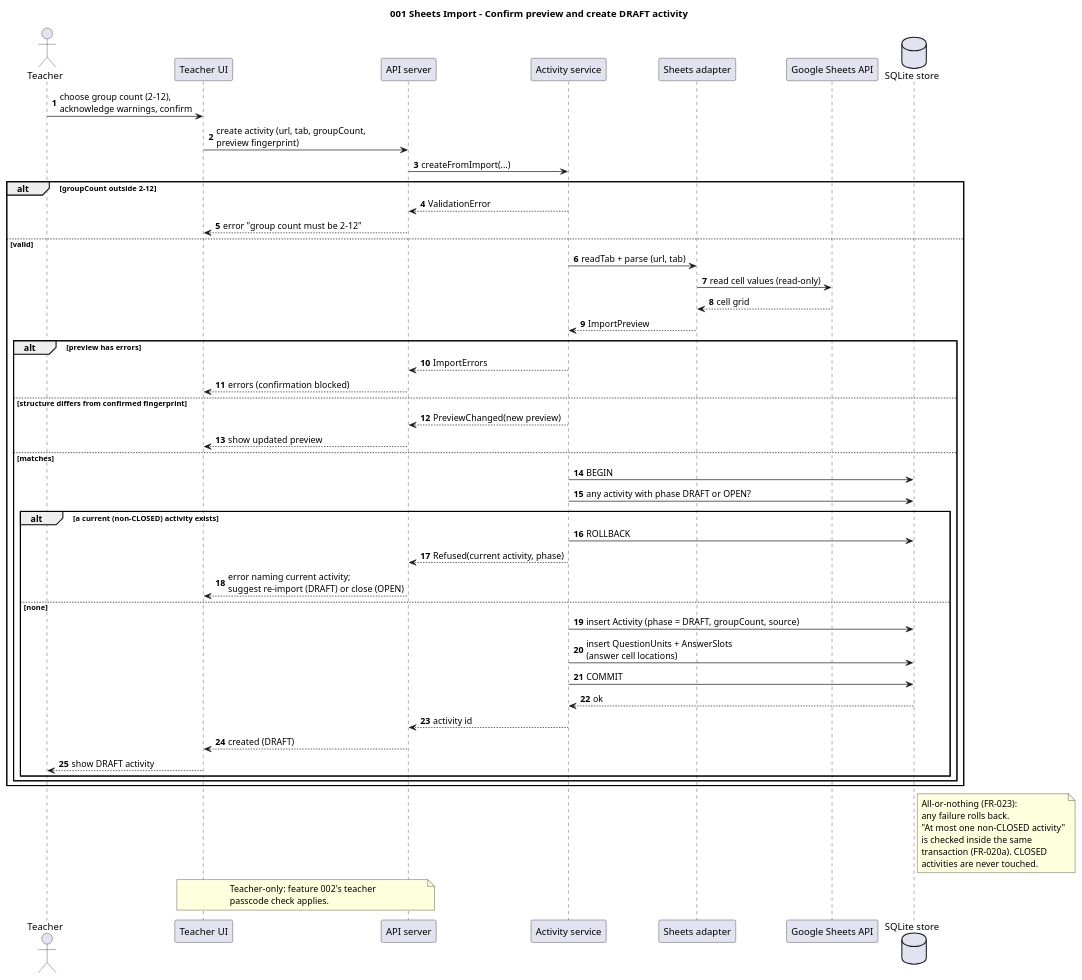
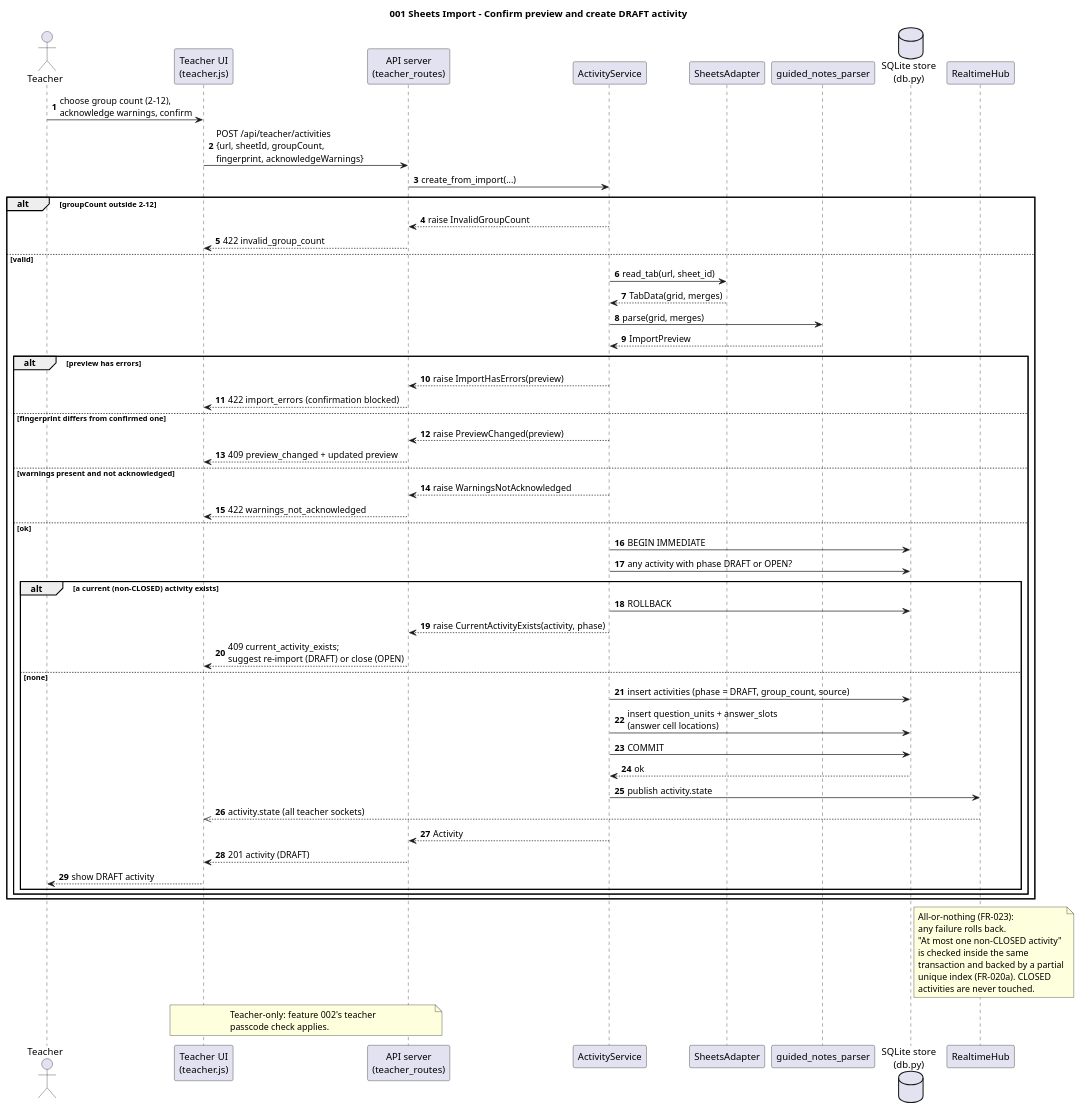
The diagram in diagrams/001-seq-confirm-create.puml (WasabiSaikou/quiz-buzzer), drawn with PlantUML before and after one commit. The commit also changed 16 other files, not shown here.

```diff
--- a/diagrams/001-seq-confirm-create.puml
+++ b/diagrams/001-seq-confirm-create.puml
@@ -1,65 +1,72 @@
 @startuml 001-seq-confirm-create
 title 001 Sheets Import - Confirm preview and create DRAFT activity
 
 skinparam shadowing false
 skinparam defaultFontName "Microsoft JhengHei"
 autonumber
 
 actor Teacher
-participant "Teacher UI" as TUI
-participant "API server" as API
-participant "Activity service" as ACT
-participant "Sheets adapter" as SA
-participant "Google Sheets API" as GSA
-database "SQLite store" as DB
+participant "Teacher UI\n(teacher.js)" as TUI
+participant "API server\n(teacher_routes)" as API
+participant "ActivityService" as ACT
+participant "SheetsAdapter" as SA
+participant "guided_notes_parser" as PARSER
+database "SQLite store\n(db.py)" as DB
+participant "RealtimeHub" as RT
 
 Teacher -> TUI : choose group count (2-12),\nacknowledge warnings, confirm
-TUI -> API : create activity (url, tab, groupCount,\npreview fingerprint)
-API -> ACT : createFromImport(...)
+TUI -> API : POST /api/teacher/activities\n{url, sheetId, groupCount,\nfingerprint, acknowledgeWarnings}
+API -> ACT : create_from_import(...)
 alt groupCount outside 2-12
-  ACT --> API : ValidationError
-  API --> TUI : error "group count must be 2-12"
+  ACT --> API : raise InvalidGroupCount
+  API --> TUI : 422 invalid_group_count
 else valid
-  ACT -> SA : readTab + parse (url, tab)
-  SA -> GSA : read cell values (read-only)
-  GSA --> SA : cell grid
-  SA --> ACT : ImportPreview
+  ACT -> SA : read_tab(url, sheet_id)
+  SA --> ACT : TabData(grid, merges)
+  ACT -> PARSER : parse(grid, merges)
+  PARSER --> ACT : ImportPreview
   alt preview has errors
-    ACT --> API : ImportErrors
-    API --> TUI : errors (confirmation blocked)
-  else structure differs from confirmed fingerprint
-    ACT --> API : PreviewChanged(new preview)
-    API --> TUI : show updated preview
-  else matches
-    ACT -> DB : BEGIN
+    ACT --> API : raise ImportHasErrors(preview)
+    API --> TUI : 422 import_errors (confirmation blocked)
+  else fingerprint differs from confirmed one
+    ACT --> API : raise PreviewChanged(preview)
+    API --> TUI : 409 preview_changed + updated preview
+  else warnings present and not acknowledged
+    ACT --> API : raise WarningsNotAcknowledged
+    API --> TUI : 422 warnings_not_acknowledged
+  else ok
+    ACT -> DB : BEGIN IMMEDIATE
     ACT -> DB : any activity with phase DRAFT or OPEN?
     alt a current (non-CLOSED) activity exists
       ACT -> DB : ROLLBACK
-      ACT --> API : Refused(current activity, phase)
-      API --> TUI : error naming current activity;\nsuggest re-import (DRAFT) or close (OPEN)
+      ACT --> API : raise CurrentActivityExists(activity, phase)
+      API --> TUI : 409 current_activity_exists;\nsuggest re-import (DRAFT) or close (OPEN)
     else none
-      ACT -> DB : insert Activity (phase = DRAFT, groupCount, source)
-      ACT -> DB : insert QuestionUnits + AnswerSlots\n(answer cell locations)
+      ACT -> DB : insert activities (phase = DRAFT, group_count, source)
+      ACT -> DB : insert question_units + answer_slots\n(answer cell locations)
       ACT -> DB : COMMIT
       DB --> ACT : ok
-      ACT --> API : activity id
-      API --> TUI : created (DRAFT)
+      ACT -> RT : publish activity.state
+      RT -->> TUI : activity.state (all teacher sockets)
+      ACT --> API : Activity
+      API --> TUI : 201 activity (DRAFT)
       TUI --> Teacher : show DRAFT activity
     end
   end
 end
 
 note right of DB
   All-or-nothing (FR-023):
   any failure rolls back.
   "At most one non-CLOSED activity"
   is checked inside the same
-  transaction (FR-020a). CLOSED
+  transaction and backed by a partial
+  unique index (FR-020a). CLOSED
   activities are never touched.
 end note
 
 note over TUI, API
   Teacher-only: feature 002's teacher
   passcode check applies.
 end note
 @enduml
```
